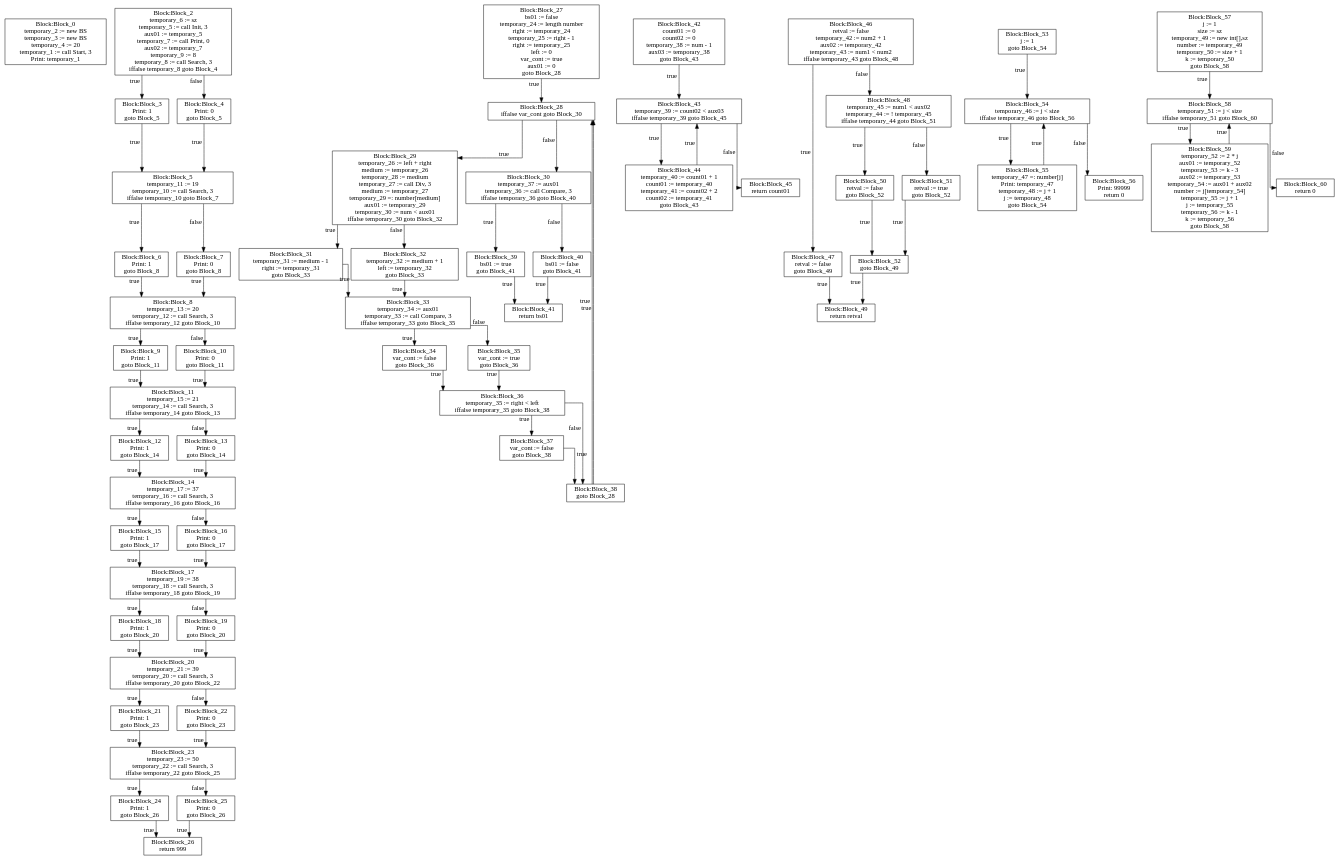
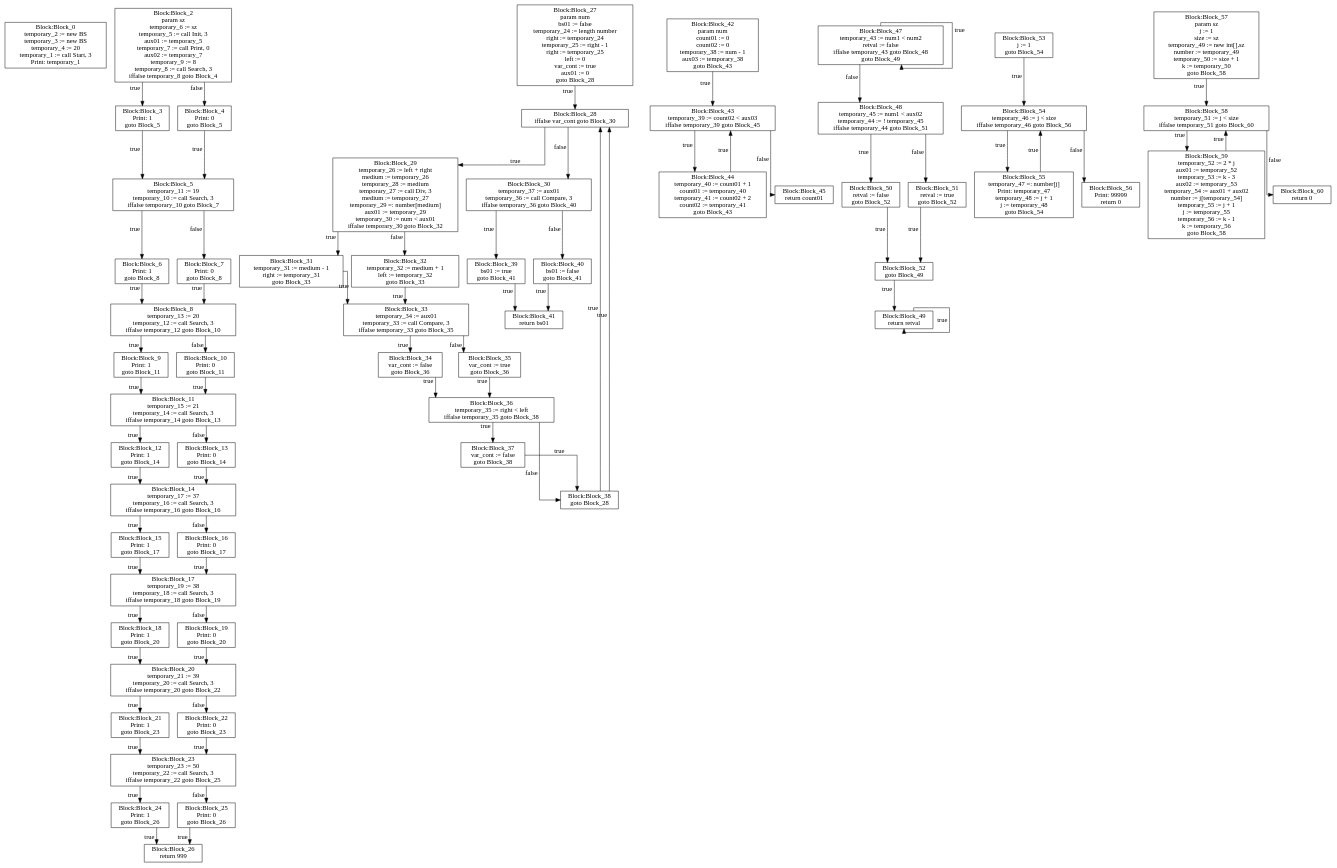
One commit to moondog-matthew/compiler-dv1655 changed the diagram in lab3/CFG-tree.dot. Above: the diagram before and after it, drawn with Graphviz. The commit also changed 8 other files, not shown here.

```diff
--- a/lab3/CFG-tree.dot
+++ b/lab3/CFG-tree.dot
@@ -8,6 +8,7 @@
 temporary_1 := call Start, 3
 Print: temporary_1"];
 Block_2 [label="Block:Block_2
+param sz
 temporary_6 := sz
 temporary_5 := call Init, 3
 aux01 := temporary_5
@@ -127,6 +128,7 @@
 goto Block_5"];
 Block_4 -> Block_5 [xlabel = "true"]
 Block_27 [label="Block:Block_27
+param num
 bs01 := false
 temporary_24 := length number
 right := temporary_24
@@ -209,6 +211,7 @@
 goto Block_41"];
 Block_40 -> Block_41 [xlabel = "true"]
 Block_42 [label="Block:Block_42
+param num
 count01 := 0
 count02 := 0
 temporary_38 := num - 1
@@ -229,20 +232,13 @@
 Block_43 -> Block_45 [xlabel = "false"]
 Block_45 [label="Block:Block_45
 return count01"];
-Block_46 [label="Block:Block_46
+Block_47 [label="Block:Block_47
+temporary_43 := num1 < num2
 retval := false
-temporary_42 := num2 + 1
-aux02 := temporary_42
-temporary_43 := num1 < num2
-iffalse temporary_43 goto Block_48"];
-Block_46 -> Block_47 [xlabel = "true"]
-Block_47 [label="Block:Block_47
-retval := false
+iffalse temporary_43 goto Block_48
 goto Block_49"];
-Block_47 -> Block_49 [xlabel = "true"]
-Block_49 [label="Block:Block_49
-return retval"];
-Block_46 -> Block_48 [xlabel = "false"]
+Block_47 -> Block_47 [xlabel = "true"]
+Block_47 -> Block_48 [xlabel = "false"]
 Block_48 [label="Block:Block_48
 temporary_45 := num1 < aux02
 temporary_44 := ! temporary_45
@@ -255,6 +251,9 @@
 Block_52 [label="Block:Block_52
 goto Block_49"];
 Block_52 -> Block_49 [xlabel = "true"]
+Block_49 [label="Block:Block_49
+return retval"];
+Block_49 -> Block_49 [xlabel = "true"]
 Block_48 -> Block_51 [xlabel = "false"]
 Block_51 [label="Block:Block_51
 retval := true
@@ -280,6 +279,7 @@
 Print: 99999
 return 0"];
 Block_57 [label="Block:Block_57
+param sz
 j := 1
 size := sz
 temporary_49 := new int[],sz
```
